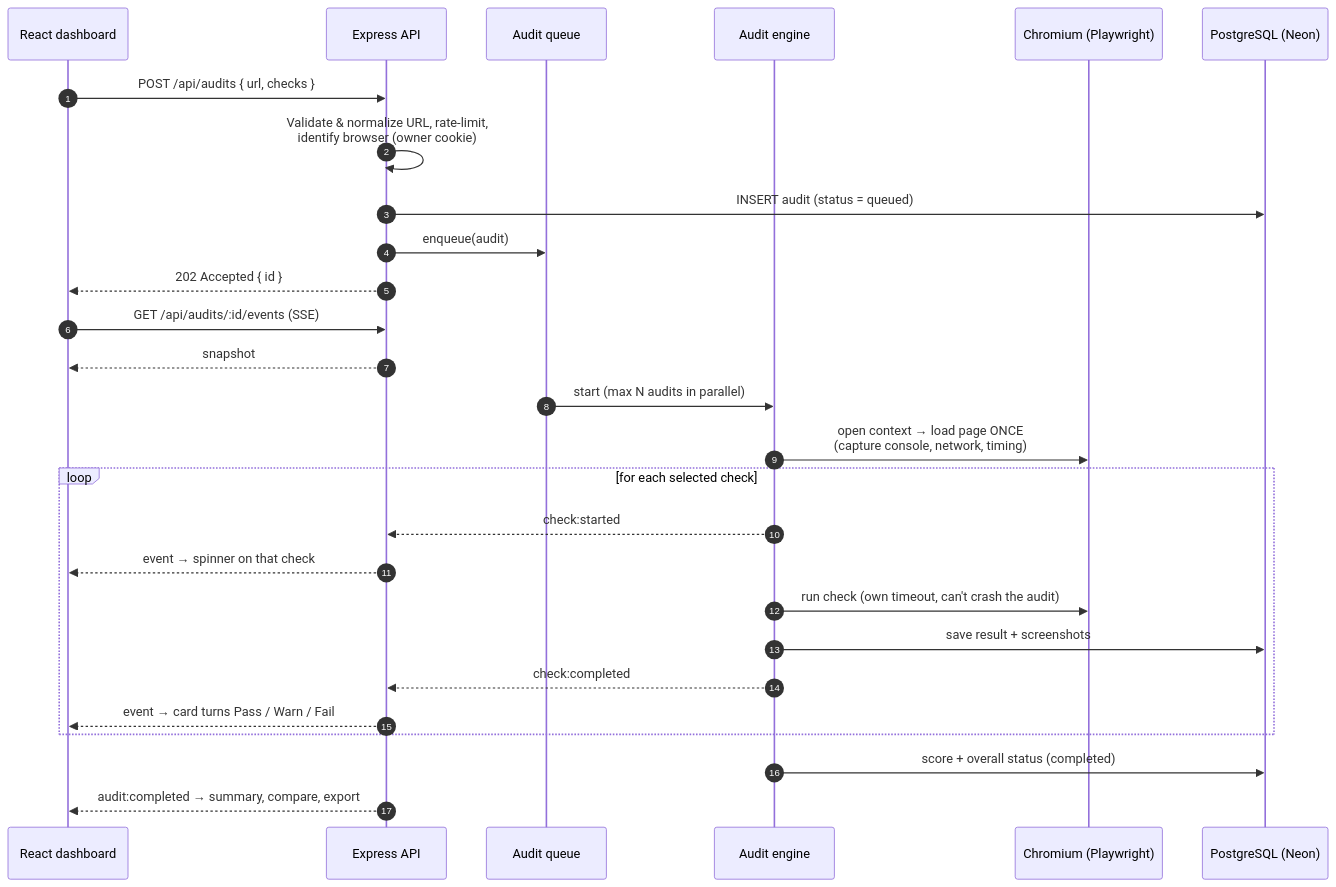
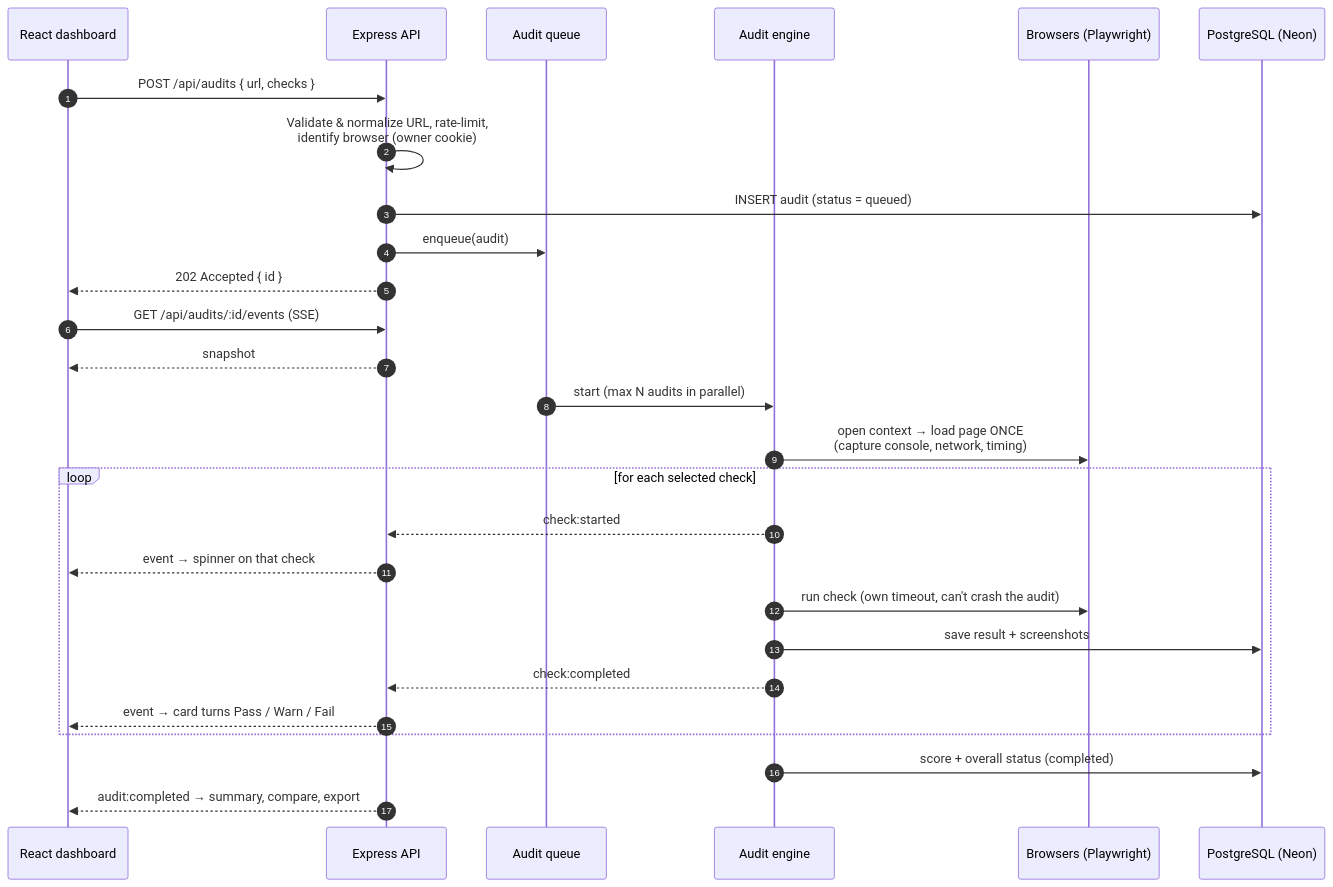
The second of 4 diagrams in README.md (Pubudugunawardhana/PulseQA-Automated-Web-Auditing), drawn with Mermaid before and after one commit. The commit also changed other lines of this file and 7 other files, not shown here.

Commit message:
feat(audit): update README with new checks and improve test fixture metadata feat(database): add visual baselines table and update snapshot for new schema chore: enhance package.json for Playwright installation and add new dependencies test: add SEO and visual regression helper tests

````diff
--- a/README.md
+++ b/README.md
@@ -100,31 +100,31 @@
 ```mermaid
 sequenceDiagram
     autonumber
     participant UI as React dashboard
     participant API as Express API
     participant Q as Audit queue
     participant E as Audit engine
-    participant B as Chromium (Playwright)
+    participant B as Browsers (Playwright)
     participant DB as PostgreSQL (Neon)
 
     UI->>API: POST /api/audits { url, checks }
     API->>API: Validate & normalize URL, rate-limit,<br/>identify browser (owner cookie)
     API->>DB: INSERT audit (status = queued)
     API->>Q: enqueue(audit)
     API-->>UI: 202 Accepted { id }
     UI->>API: GET /api/audits/:id/events (SSE)
     API-->>UI: snapshot
 
     Q->>E: start (max N audits in parallel)
     E->>B: open context → load page ONCE<br/>(capture console, network, timing)
     loop for each selected check
         E-->>API: check:started
         API-->>UI: event → spinner on that check
         E->>B: run check (own timeout, can't crash the audit)
         E->>DB: save result + screenshots
         E-->>API: check:completed
         API-->>UI: event → card turns Pass / Warn / Fail
     end
     E->>DB: score + overall status (completed)
     API-->>UI: audit:completed → summary, compare, export
 ```
````
